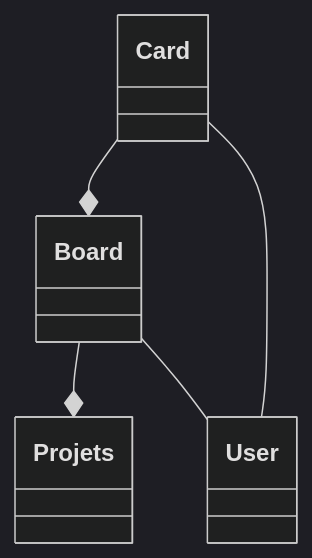
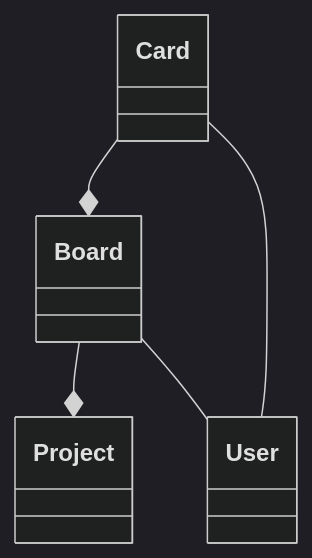
The diagram in README.md (jeanlagniaux/JaxRSOpenAPI), drawn with Mermaid (dark theme) before and after one commit. The commit also changed other lines of this file, not shown here.

````diff
--- a/README.md
+++ b/README.md
@@ -31,7 +31,7 @@
 ```mermaid
 classDiagram
 Card --* Board
-Board --* Projets
+Board --* Project
 Board -- User
 User-- Card
 ```
````
